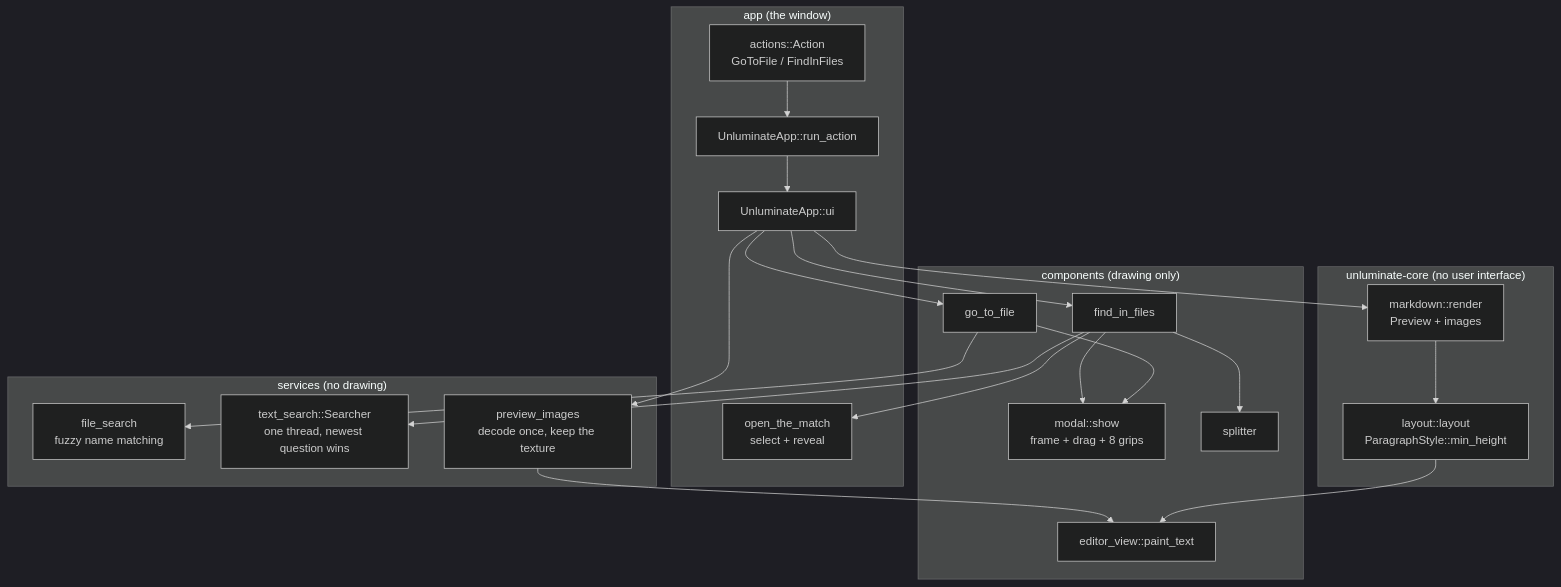
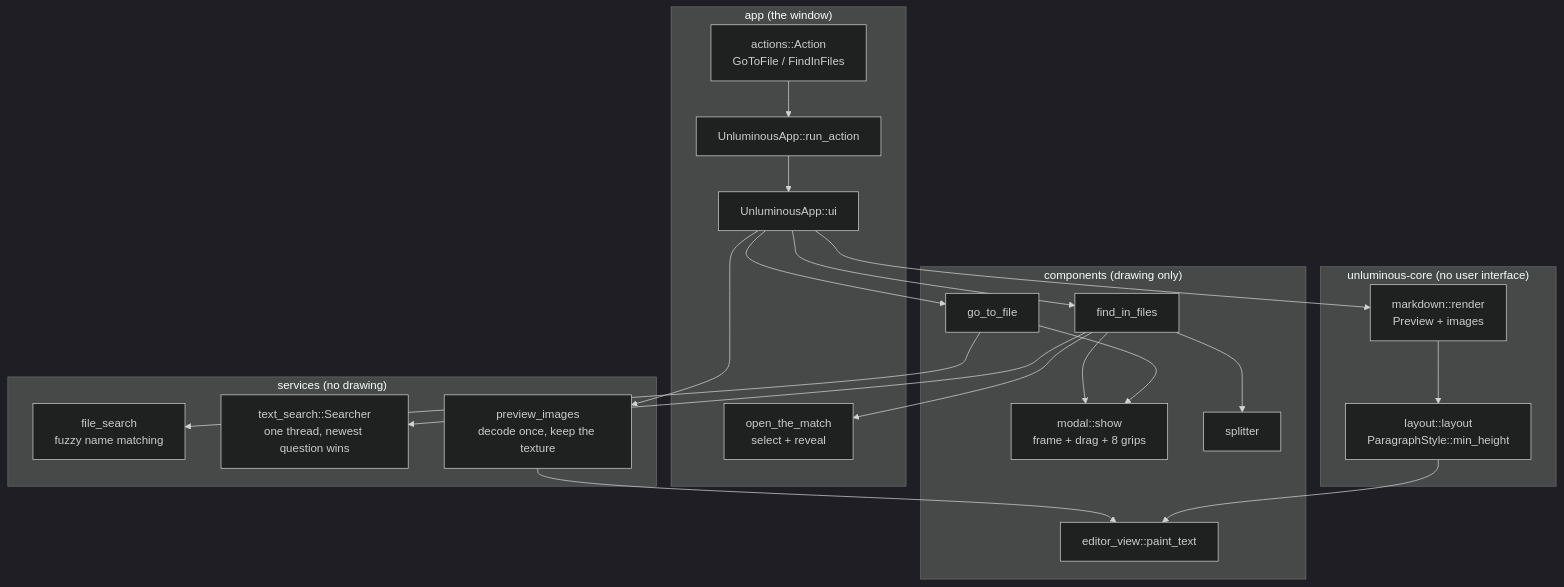
One commit to Black-Rainbow-Labs/Unluminous changed the first of 3 diagrams in tasks/task-1659-search-and-images-tdd.md. Above: the diagram before and after it, drawn with Mermaid (dark theme). The commit also changed other lines of this file and 1327 other files, not shown here.

````diff
--- a/tasks/task-1659-search-and-images-tdd.md
+++ b/tasks/task-1659-search-and-images-tdd.md
@@ -72,38 +72,38 @@
 ```mermaid
 flowchart TB
     subgraph app["app (the window)"]
         actions["actions::Action\nGoToFile / FindInFiles"]
-        run["UnluminateApp::run_action"]
-        ui["UnluminateApp::ui"]
+        run["UnluminousApp::run_action"]
+        ui["UnluminousApp::ui"]
         openmatch["open_the_match\nselect + reveal"]
     end
 
     subgraph components["components (drawing only)"]
         modal["modal::show\nframe + drag + 8 grips"]
         gtf["go_to_file"]
         fif["find_in_files"]
         split["splitter"]
         edit["editor_view::paint_text"]
     end
 
     subgraph services["services (no drawing)"]
         fsearch["file_search\nfuzzy name matching"]
         tsearch["text_search::Searcher\none thread, newest question wins"]
         pimg["preview_images\ndecode once, keep the texture"]
     end
 
-    subgraph core["unluminate-core (no user interface)"]
+    subgraph core["unluminous-core (no user interface)"]
         md["markdown::render\nPreview + images"]
         layout["layout::layout\nParagraphStyle::min_height"]
     end
 
     actions --> run --> ui
     ui --> gtf --> modal
     ui --> fif --> modal
     fif --> split
     gtf --> fsearch
     fif --> tsearch
     fif --> openmatch
     ui --> md --> layout --> edit
     ui --> pimg --> edit
 ```
````
